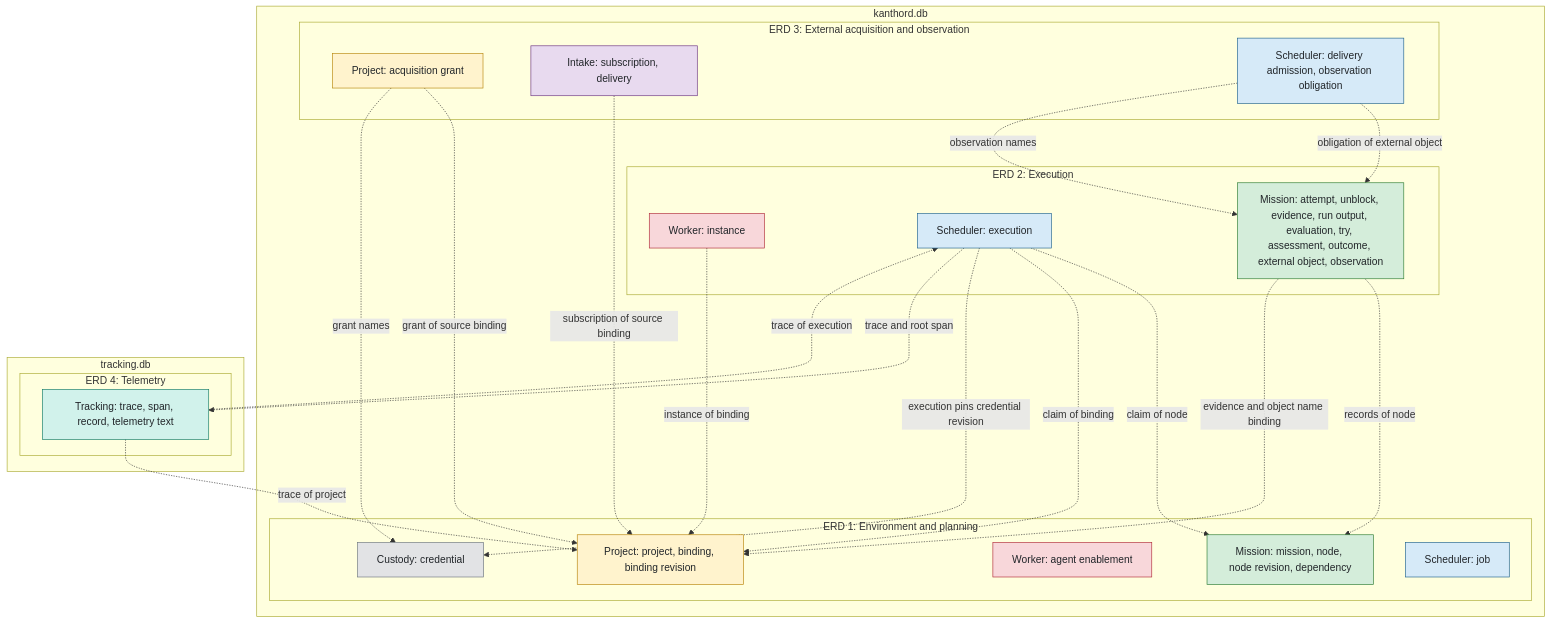
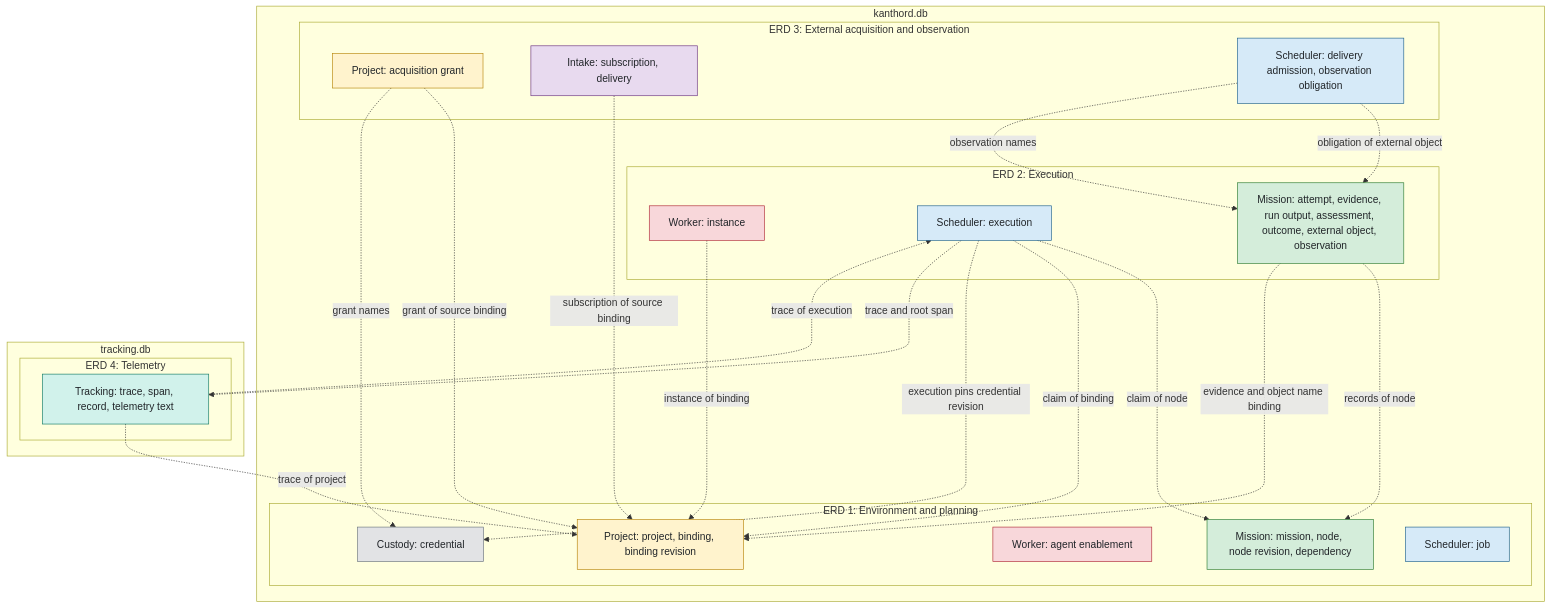
Before and after one commit to kanthorlabs/kanthord: the diagram in docs/reference/erd/README.md, drawn with Mermaid. The commit also changed other lines of this file and 7 other files, not shown here.

Commit message:
docs(erd): drop the evaluation and unblock tables and the copied mission columns

````diff
--- a/docs/reference/erd/README.md
+++ b/docs/reference/erd/README.md
@@ -32,60 +32,60 @@
 ```mermaid
 flowchart TB
     subgraph db1["kanthord.db"]
         subgraph v1["ERD 1: Environment and planning"]
             c1["Custody: credential"]
             p1["Project: project, binding, binding revision"]
             w1["Worker: agent enablement"]
             m1["Mission: mission, node, node revision, dependency"]
             s1["Scheduler: job"]
         end
         subgraph v2["ERD 2: Execution"]
             w2["Worker: instance"]
             s2["Scheduler: execution"]
-            m2["Mission: attempt, unblock, evidence, run output, evaluation, try, assessment, outcome, external object, observation"]
+            m2["Mission: attempt, evidence, run output, assessment, outcome, external object, observation"]
         end
         subgraph v3["ERD 3: External acquisition and observation"]
             p3["Project: acquisition grant"]
             i3["Intake: subscription, delivery"]
             s3["Scheduler: delivery admission, observation obligation"]
         end
     end
     subgraph db2["tracking.db"]
         subgraph v4["ERD 4: Telemetry"]
             t4["Tracking: trace, span, record, telemetry text"]
         end
     end
 
     w2 -.->|instance of binding| p1
     s2 -.->|claim of node| m1
     s2 -.->|claim of binding| p1
     s2 -.->|execution pins credential revision| c1
     m2 -.->|records of node| m1
     m2 -.->|evidence and object name binding| p1
 
     p3 -.->|grant of source binding| p1
     p3 -.->|grant names| c1
     i3 -.->|subscription of source binding| p1
     s3 -.->|obligation of external object| m2
     s3 -.->|observation names| m2
 
     t4 -.->|trace of execution| s2
     s2 -.->|trace and root span| t4
     t4 -.->|trace of project| p1
 
     classDef custody fill:#e2e3e5,stroke:#6c757d,color:#212529
     classDef project fill:#fff3cd,stroke:#b8860b,color:#212529
     classDef worker fill:#f8d7da,stroke:#b02a37,color:#212529
     classDef mission fill:#d4edda,stroke:#2e7d32,color:#212529
     classDef scheduler fill:#d6eaf8,stroke:#1f618d,color:#212529
     classDef intake fill:#e8daef,stroke:#6c3483,color:#212529
     classDef tracking fill:#d1f2eb,stroke:#117a65,color:#212529
 
     class c1 custody
     class p1,p3 project
     class w1,w2 worker
     class m1,m2 mission
     class s1,s2,s3 scheduler
     class i3 intake
     class t4 tracking
 ```
````
